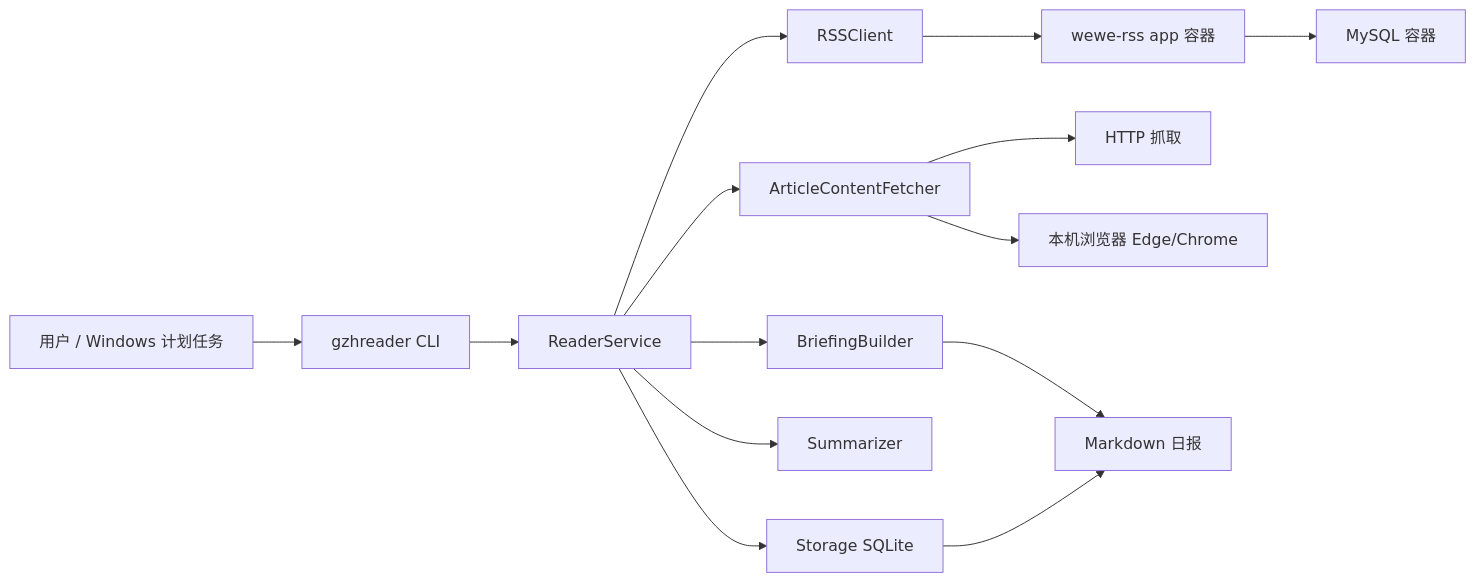
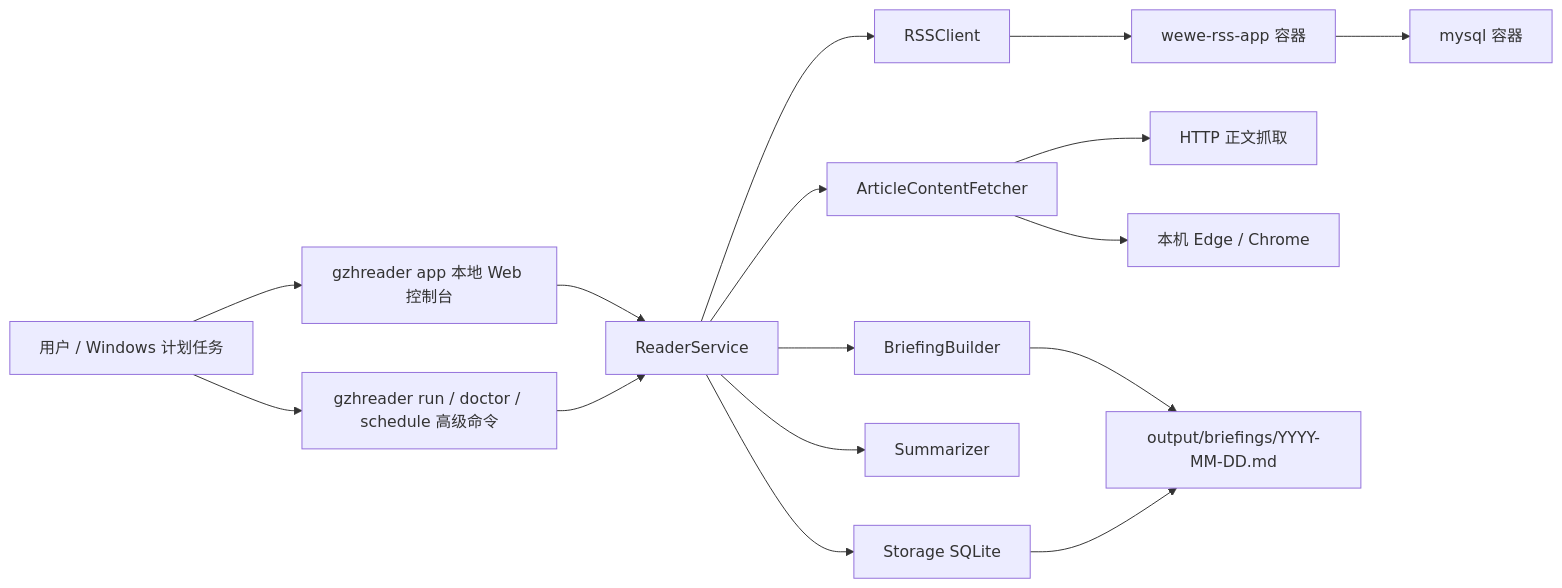
One commit to zhiwuyazhe-fjr/GZHReader changed the first of 2 diagrams in README.md. Above: the diagram before and after it, drawn with Mermaid. The commit also changed other lines of this file and 27 other files, not shown here.

````diff
--- a/README.md
+++ b/README.md
@@ -24,20 +55,23 @@
 ```mermaid
 flowchart LR
-    A[用户 / Windows 计划任务] --> B[gzhreader CLI]
-    B --> C[ReaderService]
+    U[用户 / Windows 计划任务] --> GUI[gzhreader app 本地 Web 控制台]
+    U --> CLI[gzhreader run / doctor / schedule 高级命令]
 
-    C --> D[RSSClient]
-    C --> E[ArticleContentFetcher]
-    C --> F[Storage SQLite]
-    C --> G[Summarizer]
-    C --> H[BriefingBuilder]
+    GUI --> S[ReaderService]
+    CLI --> S
 
-    D --> I[wewe-rss app 容器]
-    I --> J[MySQL 容器]
+    S --> R[RSSClient]
+    S --> F[ArticleContentFetcher]
+    S --> DB[Storage SQLite]
+    S --> LLM[Summarizer]
+    S --> B[BriefingBuilder]
 
-    E --> K[HTTP 抓取]
-    E --> L[本机浏览器 Edge/Chrome]
+    R --> WR[wewe-rss-app 容器]
+    WR --> MYSQL[mysql 容器]
 
-    H --> M[Markdown 日报]
-    F --> M
+    F --> HTTP[HTTP 正文抓取]
+    F --> BROWSER[本机 Edge / Chrome]
+
+    B --> MD[output/briefings/YYYY-MM-DD.md]
+    DB --> MD
 ```
````
